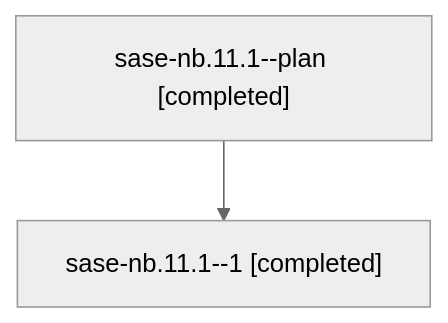
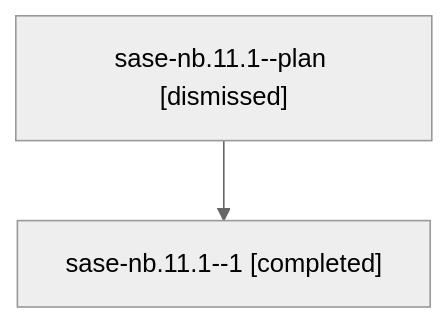
Before and after one commit to sase-org/sase--agents: the diagram in families/bbugyi200.athena.sase-nb.11.1.md, drawn with Mermaid (neutral theme). The commit also changed other lines of this file and 287 other files, not shown here.

````diff
--- a/families/bbugyi200.athena.sase-nb.11.1.md
+++ b/families/bbugyi200.athena.sase-nb.11.1.md
@@ -9,6 +9,6 @@
 ```mermaid
 flowchart TD
-  n0["sase-nb.11.1--plan [completed]"]
+  n0["sase-nb.11.1--plan [dismissed]"]
   n1["sase-nb.11.1--1 [completed]"]
   n0 --> n1
 ```
````
